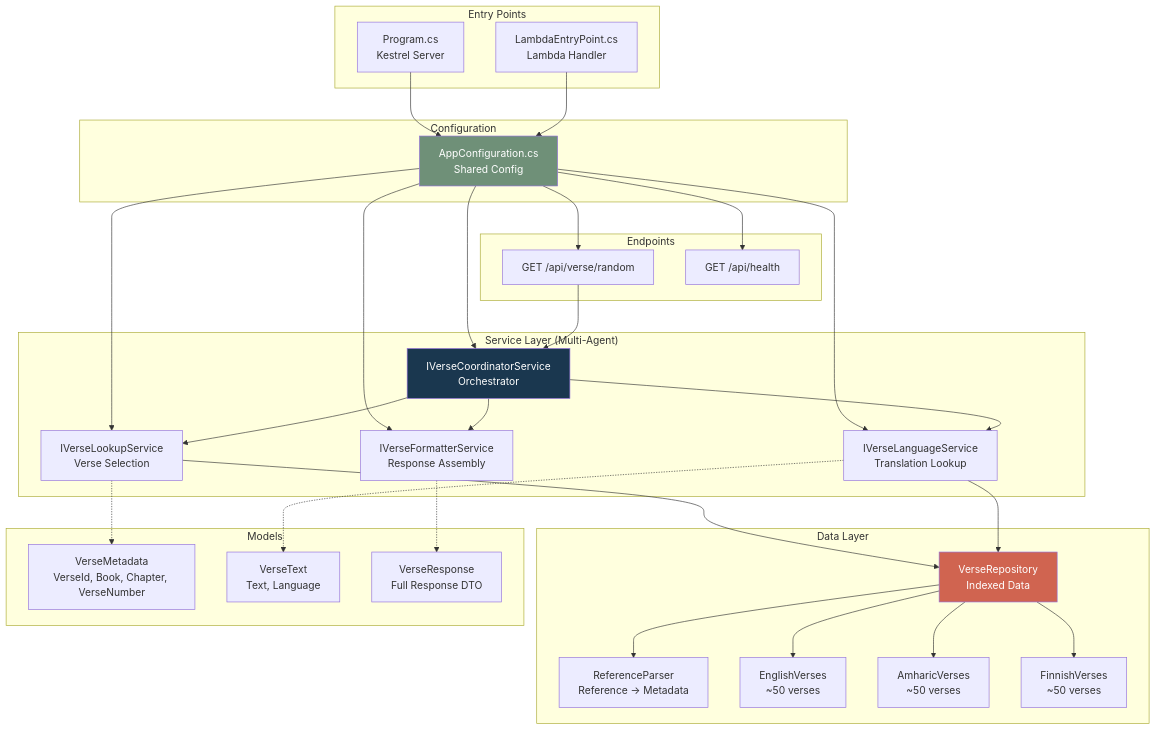
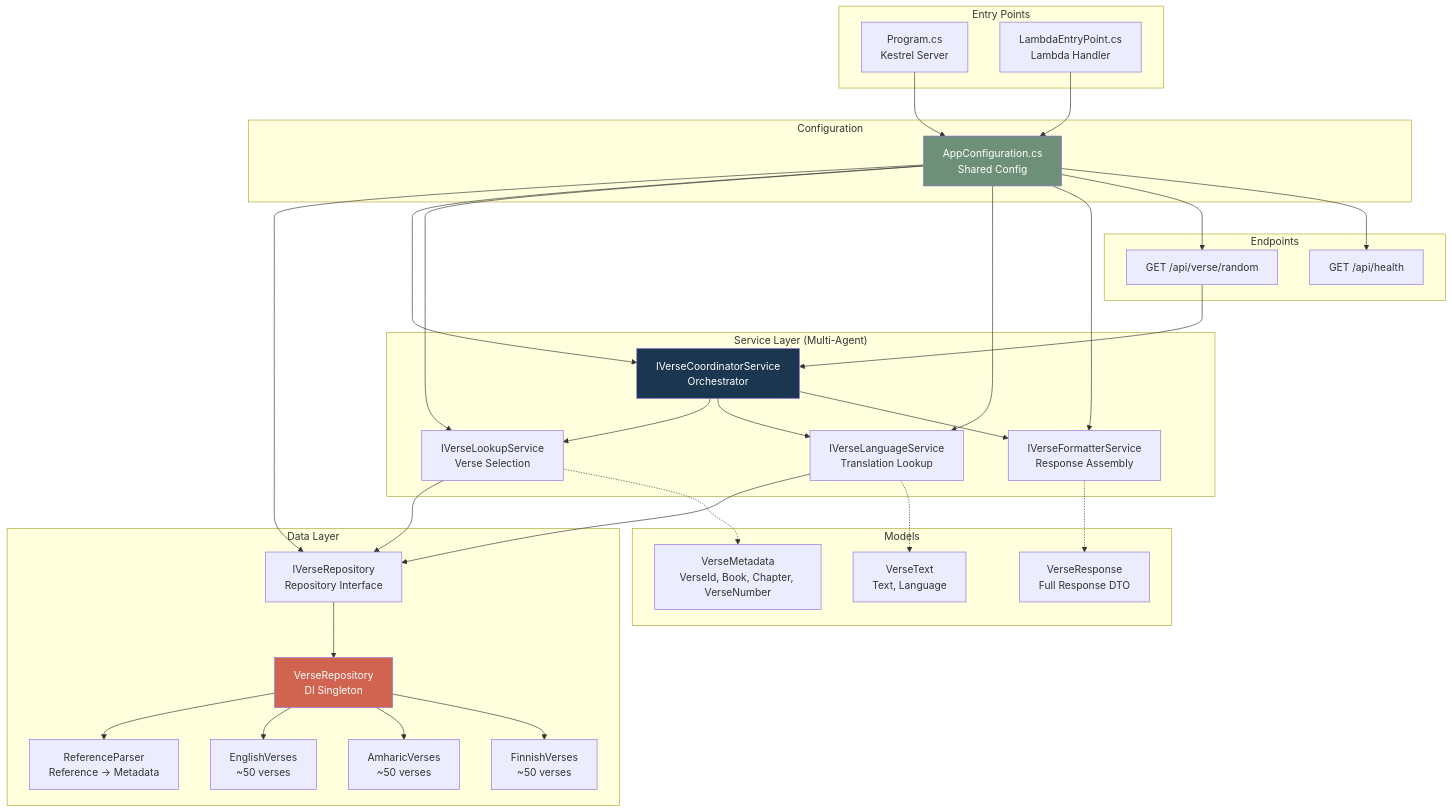
The first of 4 diagrams in docs/architecture/component-relationships.md (eecfin-it/encourager), drawn with Mermaid before and after one commit. The commit also changed other lines of this file and 22 other files, not shown here.

Commit message:
feat: implement API error handling and verse fetching service; add dependency injection for verse repository

````diff
--- a/docs/architecture/component-relationships.md
+++ b/docs/architecture/component-relationships.md
@@ -5,63 +5,66 @@
 ```mermaid
 graph TB
     subgraph "Entry Points"
         Program[Program.cs<br/>Kestrel Server]
         LambdaEntry[LambdaEntryPoint.cs<br/>Lambda Handler]
     end
 
     subgraph "Configuration"
         AppConfig[AppConfiguration.cs<br/>Shared Config]
     end
 
     subgraph "Service Layer (Multi-Agent)"
         Coordinator[IVerseCoordinatorService<br/>Orchestrator]
         Lookup[IVerseLookupService<br/>Verse Selection]
         Language[IVerseLanguageService<br/>Translation Lookup]
         Formatter[IVerseFormatterService<br/>Response Assembly]
     end
 
     subgraph "Data Layer"
-        VerseRepo[VerseRepository<br/>Indexed Data]
+        IVerseRepo[IVerseRepository<br/>Repository Interface]
+        VerseRepo[VerseRepository<br/>DI Singleton]
         RefParser[ReferenceParser<br/>Reference → Metadata]
         EnglishVerses[EnglishVerses<br/>~50 verses]
         AmharicVerses[AmharicVerses<br/>~50 verses]
         FinnishVerses[FinnishVerses<br/>~50 verses]
     end
 
     subgraph "Models"
         VerseMetadata[VerseMetadata<br/>VerseId, Book, Chapter, VerseNumber]
         VerseText[VerseText<br/>Text, Language]
         VerseResponse[VerseResponse<br/>Full Response DTO]
     end
 
     subgraph "Endpoints"
         VerseEndpoint[GET /api/verse/random]
         HealthEndpoint[GET /api/health]
     end
 
     Program --> AppConfig
     LambdaEntry --> AppConfig
+    AppConfig --> IVerseRepo
     AppConfig --> Coordinator
     AppConfig --> Lookup
     AppConfig --> Language
     AppConfig --> Formatter
     AppConfig --> VerseEndpoint
     AppConfig --> HealthEndpoint
     VerseEndpoint --> Coordinator
     Coordinator --> Lookup
     Coordinator --> Language
     Coordinator --> Formatter
-    Lookup --> VerseRepo
-    Language --> VerseRepo
+    Lookup --> IVerseRepo
+    Language --> IVerseRepo
+    IVerseRepo --> VerseRepo
     VerseRepo --> RefParser
     VerseRepo --> EnglishVerses
     VerseRepo --> AmharicVerses
     VerseRepo --> FinnishVerses
     Lookup -.-> VerseMetadata
     Language -.-> VerseText
     Formatter -.-> VerseResponse
 
     style Coordinator fill:#1a374f,color:#fff
     style AppConfig fill:#6f9078,color:#fff
     style VerseRepo fill:#d06450,color:#fff
 ```
````
